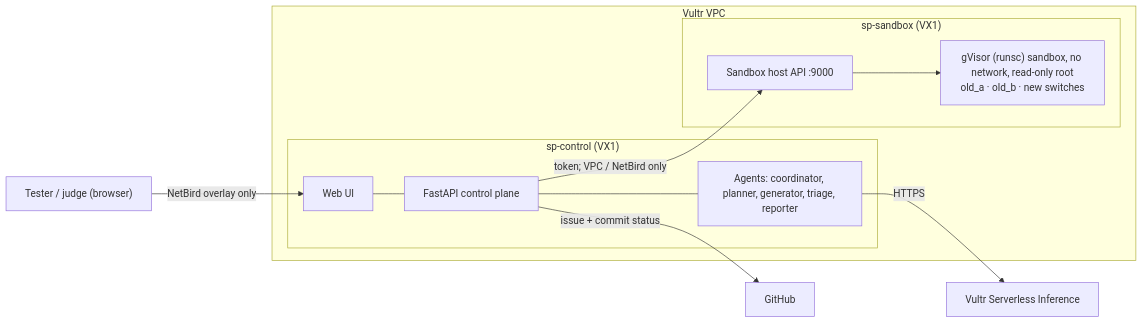
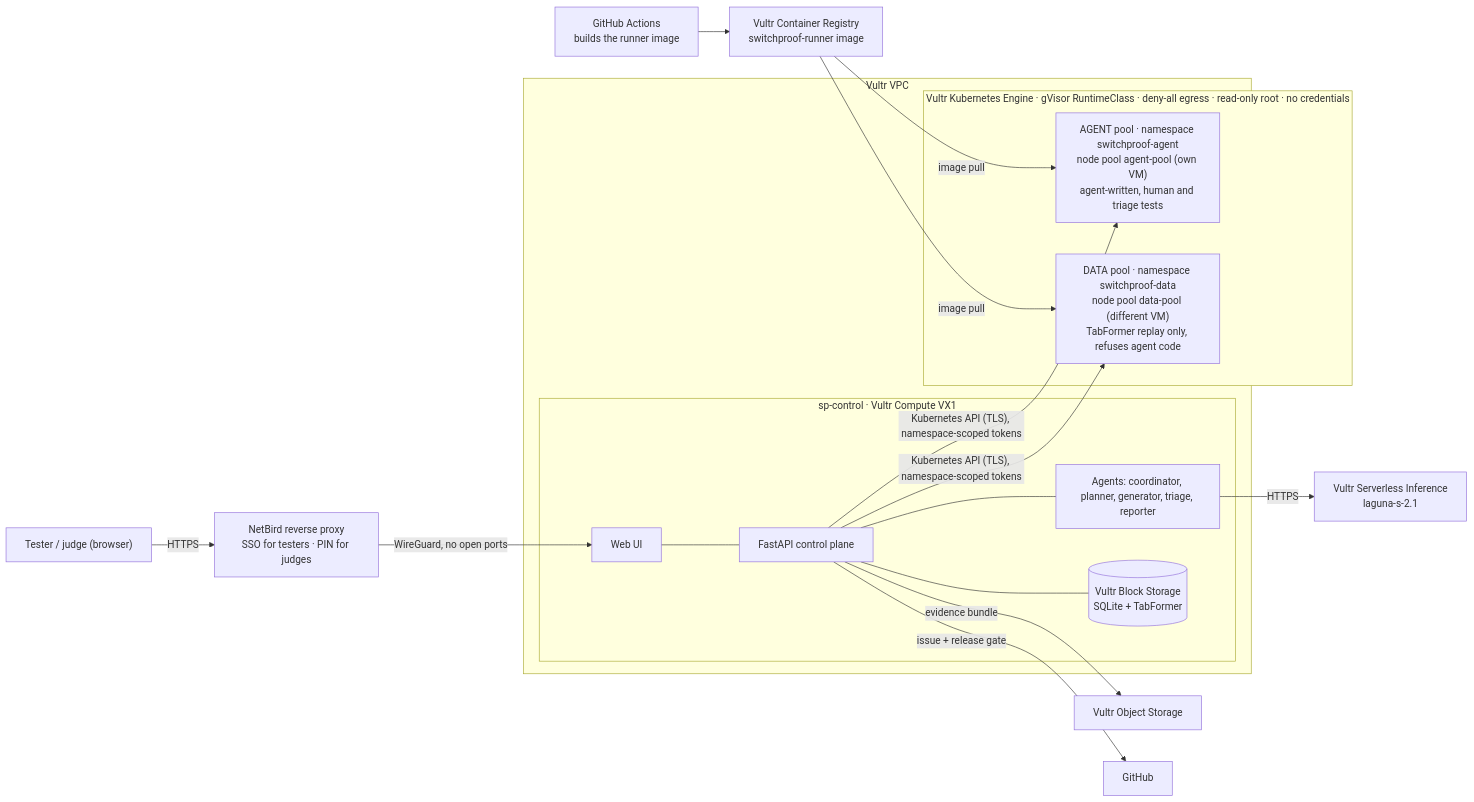
The diagram in README.md (roshni2020/Costguard-), drawn with Mermaid before and after one commit. The commit also changed other lines of this file and 27 other files, not shown here.

Commit message:
Mission control UI: live switch diagram, human gate lock, agent/data sandbox lanes, Infrastructure (Vultr metadata, VKE pools, storage, NetBird), NetBird roles and reviewer links; docs for VKE architecture

````diff
--- a/README.md
+++ b/README.md
@@ -37,16 +39,22 @@
 ```mermaid
 flowchart LR
-  T["Tester / judge (browser)"] -- "NetBird overlay only" --> UI
+  J["Tester / judge (browser)"] -- "HTTPS" --> NB["NetBird reverse proxy<br/>SSO for testers · PIN for judges"]
+  NB -- "WireGuard, no open ports" --> UI
   subgraph VPC["Vultr VPC"]
-    subgraph CP["sp-control (VX1)"]
+    subgraph CP["sp-control · Vultr Compute VX1"]
       UI["Web UI"] --- API["FastAPI control plane"]
       API --- AG["Agents: coordinator, planner, generator, triage, reporter"]
+      API --- BS[("Vultr Block Storage<br/>SQLite + TabFormer")]
     end
-    subgraph SB["sp-sandbox (VX1)"]
-      SH["Sandbox host API :9000"] --> G["gVisor (runsc) sandbox, no network, read-only root<br/>old_a · old_b · new switches"]
+    subgraph VKE["Vultr Kubernetes Engine · gVisor RuntimeClass · deny-all egress · read-only root · no credentials"]
+      AJ["AGENT pool · namespace switchproof-agent<br/>node pool agent-pool (own VM)<br/>agent-written, human and triage tests"]
+      DJ["DATA pool · namespace switchproof-data<br/>node pool data-pool (different VM)<br/>TabFormer replay only, refuses agent code"]
     end
   end
-  AG -- "HTTPS" --> VI["Vultr Serverless Inference"]
-  API -- "token; VPC / NetBird only" --> SH
-  API -- "issue + commit status" --> GH["GitHub"]
+  AG -- "HTTPS" --> VI["Vultr Serverless Inference<br/>laguna-s-2.1"]
+  API -- "Kubernetes API (TLS), namespace-scoped tokens" --> AJ & DJ
+  VCR["Vultr Container Registry<br/>switchproof-runner image"] -- "image pull" --> AJ & DJ
+  GA["GitHub Actions<br/>builds the runner image"] --> VCR
+  API -- "evidence bundle" --> OS["Vultr Object Storage"]
+  API -- "issue + release gate" --> GH["GitHub"]
 ```
````
